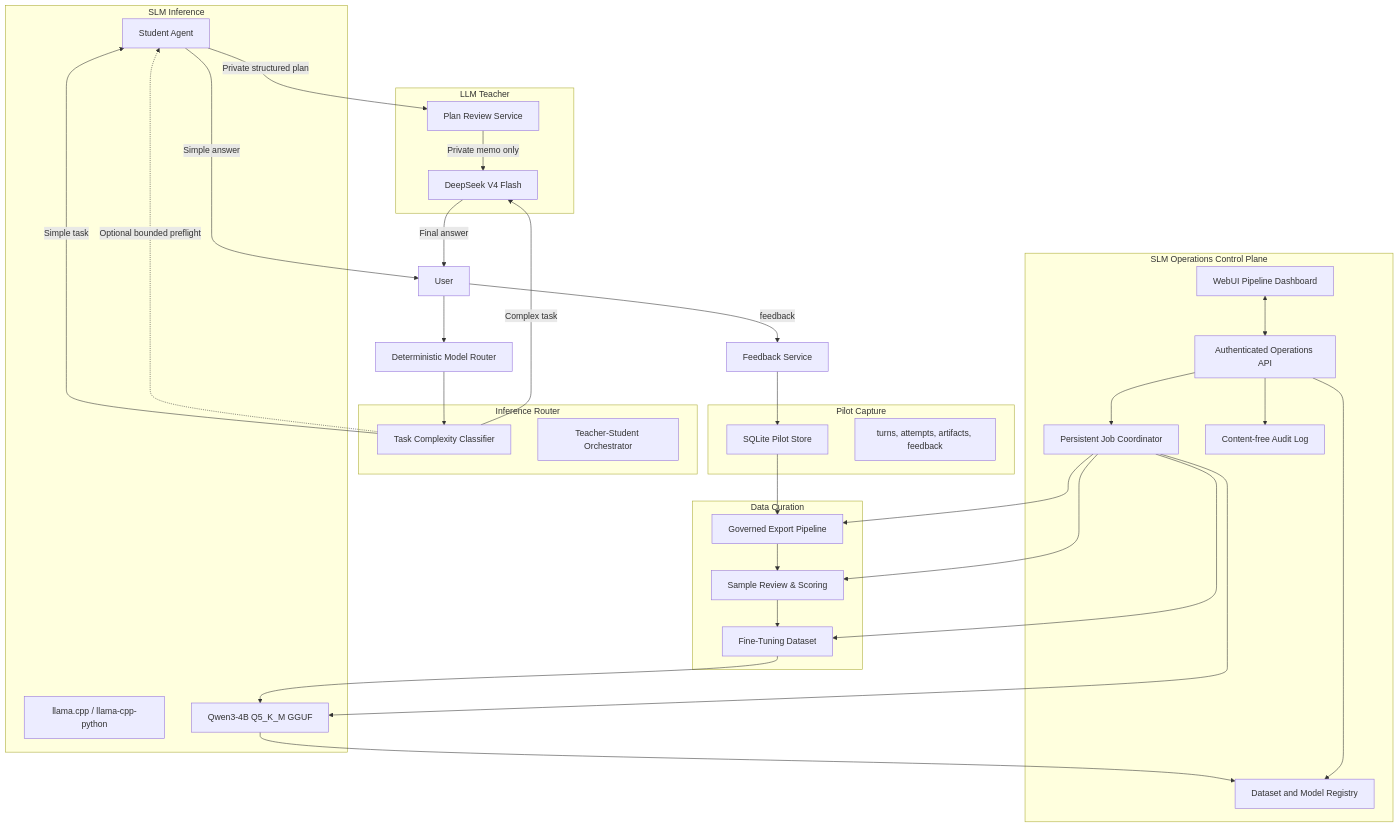
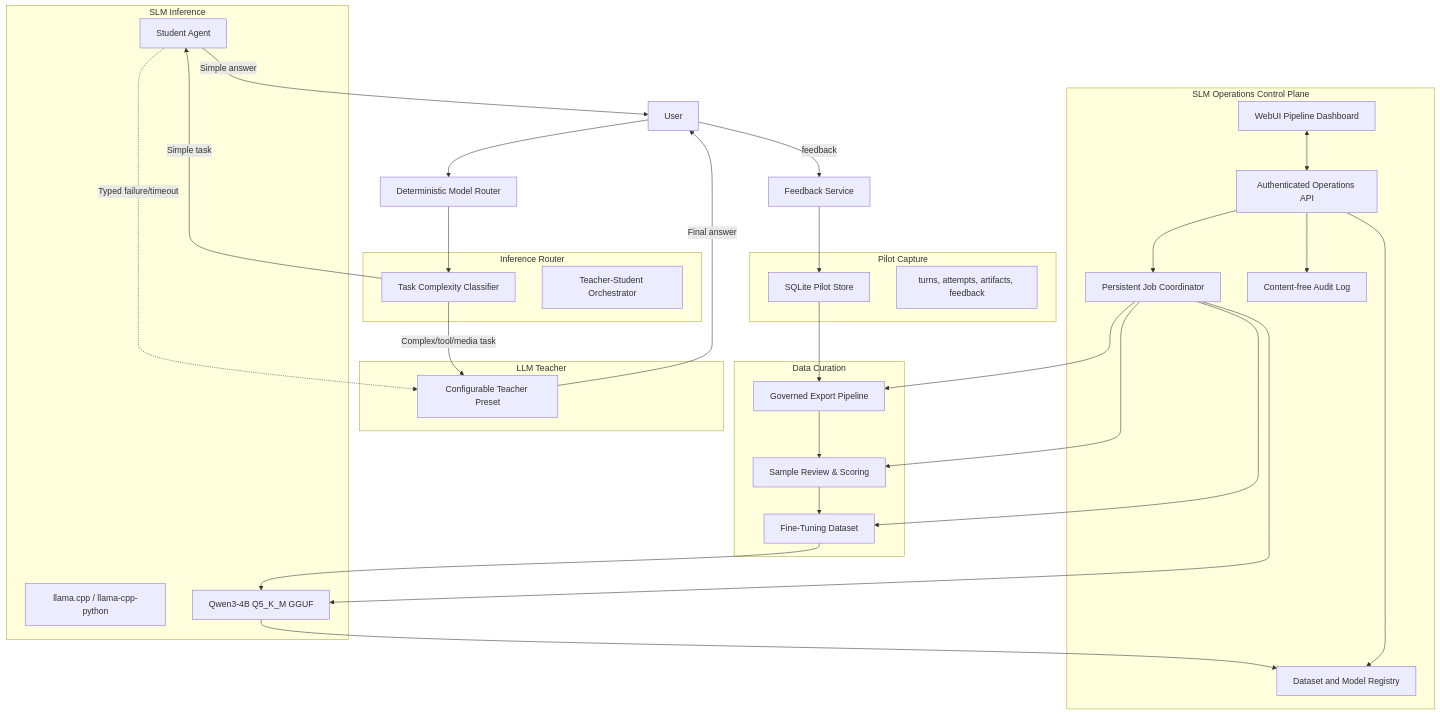
Before and after one commit to cuongpt083/nanobot: the diagram in docs/superpowers/plans/2026-08-07-pilot-slm-distillation-plan.md, drawn with Mermaid. The commit also changed other lines of this file and 18 other files, not shown here.

````diff
--- a/docs/superpowers/plans/2026-08-07-pilot-slm-distillation-plan.md
+++ b/docs/superpowers/plans/2026-08-07-pilot-slm-distillation-plan.md
@@ -22,65 +31,62 @@
 ```mermaid
 flowchart TD
     subgraph Capture[Pilot Capture]
         STORE[SQLite Pilot Store]
         TURNS[turns, attempts, artifacts, feedback]
     end
 
     subgraph Curation[Data Curation]
         EXPORT[Governed Export Pipeline]
         REVIEW[Sample Review & Scoring]
         DATASET[Fine-Tuning Dataset]
     end
 
     subgraph SLM[SLM Inference]
         LLAMA[llama.cpp / llama-cpp-python]
         QWEN[Qwen3-4B Q5_K_M GGUF]
         STUDENT[Student Agent]
     end
 
     subgraph Teacher[LLM Teacher]
-        DS[DeepSeek V4 Flash]
-        REVIEWER[Plan Review Service]
+        TEACHER[Configurable Teacher Preset]
     end
 
     subgraph Routing[Inference Router]
         CLASSIFIER[Task Complexity Classifier]
         ORCHESTRATOR[Teacher-Student Orchestrator]
     end
 
     subgraph Operations[SLM Operations Control Plane]
         JOBS[Persistent Job Coordinator]
         API[Authenticated Operations API]
         DASH[WebUI Pipeline Dashboard]
         REGISTRY[Dataset and Model Registry]
         AUDIT[Content-free Audit Log]
     end
 
     USER[User] --> ROUTER[Deterministic Model Router]
     ROUTER --> CLASSIFIER
     CLASSIFIER -- Simple task --> STUDENT
-    CLASSIFIER -- Complex task --> DS
-    CLASSIFIER -. Optional bounded preflight .-> STUDENT
-    STUDENT -- Private structured plan --> REVIEWER
-    REVIEWER -- Private memo only --> DS
+    CLASSIFIER -- Complex/tool/media task --> TEACHER
     STUDENT -- Simple answer --> USER
-    DS -- Final answer --> USER
+    STUDENT -. Typed failure/timeout .-> TEACHER
+    TEACHER -- Final answer --> USER
 
     USER -->|feedback| FEEDBACK[Feedback Service]
     FEEDBACK --> STORE
 
     STORE --> EXPORT
     EXPORT --> REVIEW
     REVIEW --> DATASET
     DATASET --> QWEN
 
     JOBS --> EXPORT
     JOBS --> REVIEW
     JOBS --> DATASET
     JOBS --> QWEN
     QWEN --> REGISTRY
     API --> JOBS
     API --> REGISTRY
     DASH <--> API
     API --> AUDIT
 ```
````
